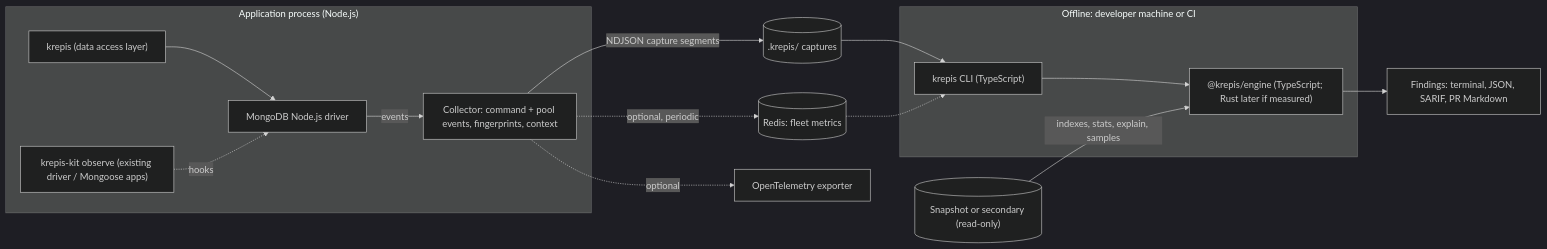
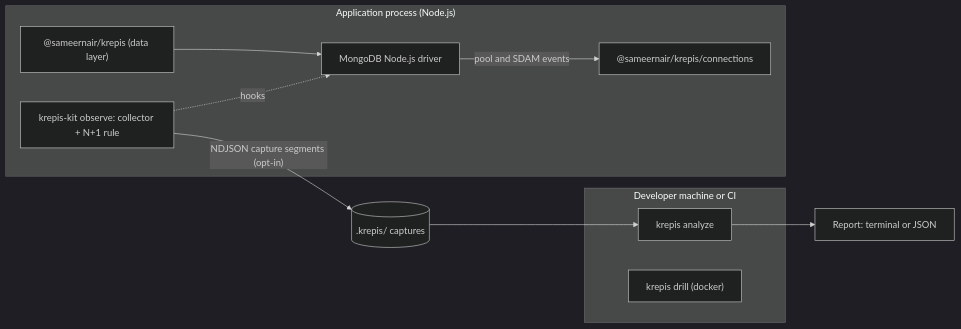
One commit to sameernair1993/krepis changed the diagram in docs/ARCHITECTURE.md. Above: the diagram before and after it, drawn with Mermaid (dark theme). The commit also changed other lines of this file and 14 other files, not shown here.

````diff
--- a/docs/ARCHITECTURE.md
+++ b/docs/ARCHITECTURE.md
@@ -9,28 +9,22 @@
 ```mermaid
 flowchart LR
   subgraph App["Application process (Node.js)"]
-    DAL["krepis (data access layer)"]
-    OBS["krepis-kit observe (existing driver / Mongoose apps)"]
-    COL["Collector: command + pool events, fingerprints, context"]
+    DAL["@sameernair/krepis (data layer)"]
+    CONN["@sameernair/krepis/connections"]
+    OBS["krepis-kit observe: collector + N+1 rule"]
     DRV["MongoDB Node.js driver"]
     DAL --> DRV
     OBS -.hooks.-> DRV
-    DRV -- events --> COL
+    DRV -- "pool and SDAM events" --> CONN
   end
 
-  COL -- "NDJSON capture segments" --> CAP[(".krepis/ captures")]
+  OBS -- "NDJSON capture segments (opt-in)" --> CAP[(".krepis/ captures")]
 
-  subgraph Offline["Offline: developer machine or CI"]
-    CLI["krepis CLI (TypeScript)"]
-    ENG["@krepis/engine (TypeScript; Rust later if measured)"]
-    CLI --> ENG
+  subgraph Dev["Developer machine or CI"]
+    CLI["krepis analyze"]
+    DRILL["krepis drill (docker)"]
   end
 
   CAP --> CLI
-  SNAP[("Snapshot or secondary (read-only)")] -- "indexes, stats, explain, samples" --> ENG
-  ENG --> OUT["Findings: terminal, JSON, SARIF, PR Markdown"]
-
-  COL -. "optional, periodic" .-> REDIS[("Redis: fleet metrics")]
-  COL -. "optional" .-> OTEL["OpenTelemetry exporter"]
-  REDIS -.-> CLI
+  CLI --> OUT["Report: terminal or JSON"]
 ```
````
